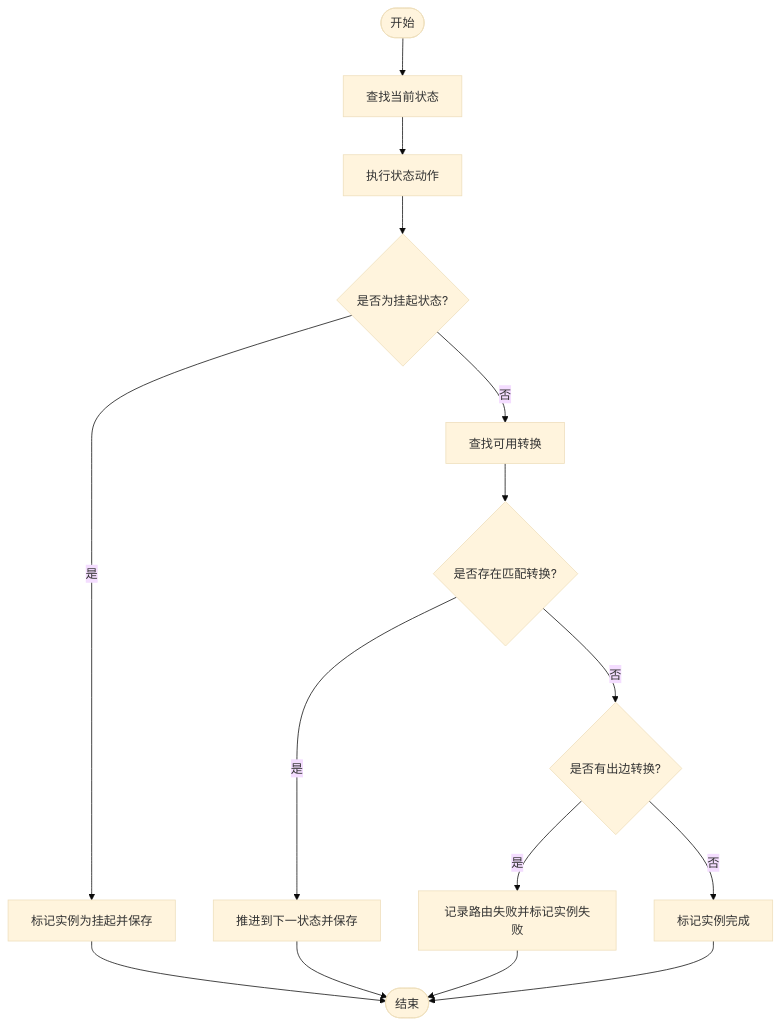
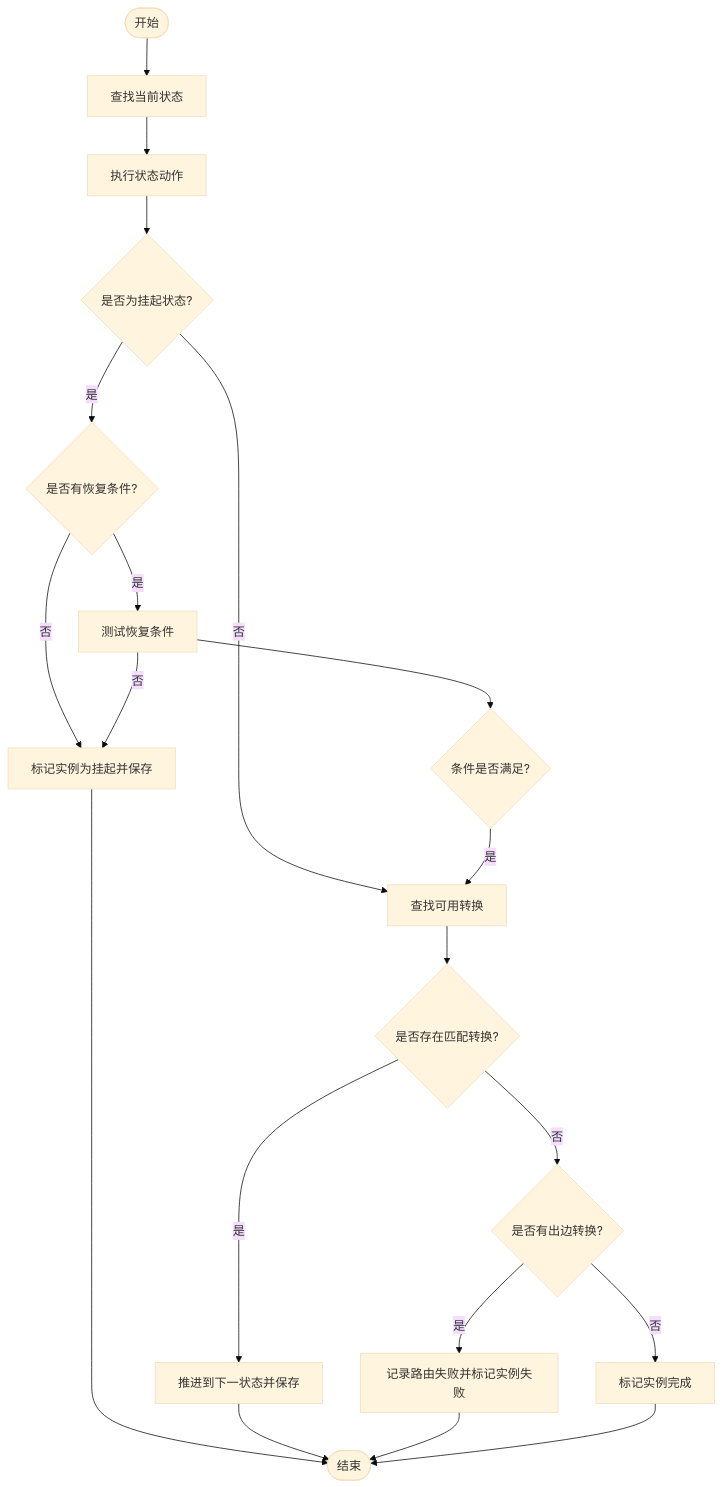
One commit to xiaoche80s-tech/state-machine-parent changed the fifth of 7 diagrams in .qoder/repowiki/zh/content/状态机定义/状态定义.md. Above: the diagram before and after it, drawn with Mermaid (base theme). The commit also changed other lines of this file and 17 other files, not shown here.

````diff
--- a/.qoder/repowiki/zh/content/状态机定义/状态定义.md
+++ b/.qoder/repowiki/zh/content/状态机定义/状态定义.md
@@ -341,17 +375,22 @@
 ```mermaid
 flowchart TD
 Start(["开始"]) --> FindState["查找当前状态"]
 FindState --> ExecAction["执行状态动作"]
 ExecAction --> SuspCheck{"是否为挂起状态?"}
-SuspCheck --> |是| MarkSusp["标记实例为挂起并保存"]
+SuspCheck --> |是| CheckResumeCond{"是否有恢复条件?"}
 SuspCheck --> |否| FindNext["查找可用转换"]
+CheckResumeCond --> |是| TestCond["测试恢复条件"]
+CheckResumeCond --> |否| MarkSusp["标记实例为挂起并保存"]
+TestCond --> CondTrue{"条件是否满足?"}
+TestCond --> |否| MarkSusp
+CondTrue --> |是| FindNext
+MarkSusp --> End(["结束"])
 FindNext --> HasNext{"是否存在匹配转换?"}
 HasNext --> |是| ToNext["推进到下一状态并保存"]
 HasNext --> |否| HasOut{"是否有出边转换?"}
 HasOut --> |是| FailRoute["记录路由失败并标记实例失败"]
 HasOut --> |否| Complete["标记实例完成"]
-MarkSusp --> End(["结束"])
 ToNext --> End
 FailRoute --> End
 Complete --> End
 ```
````
